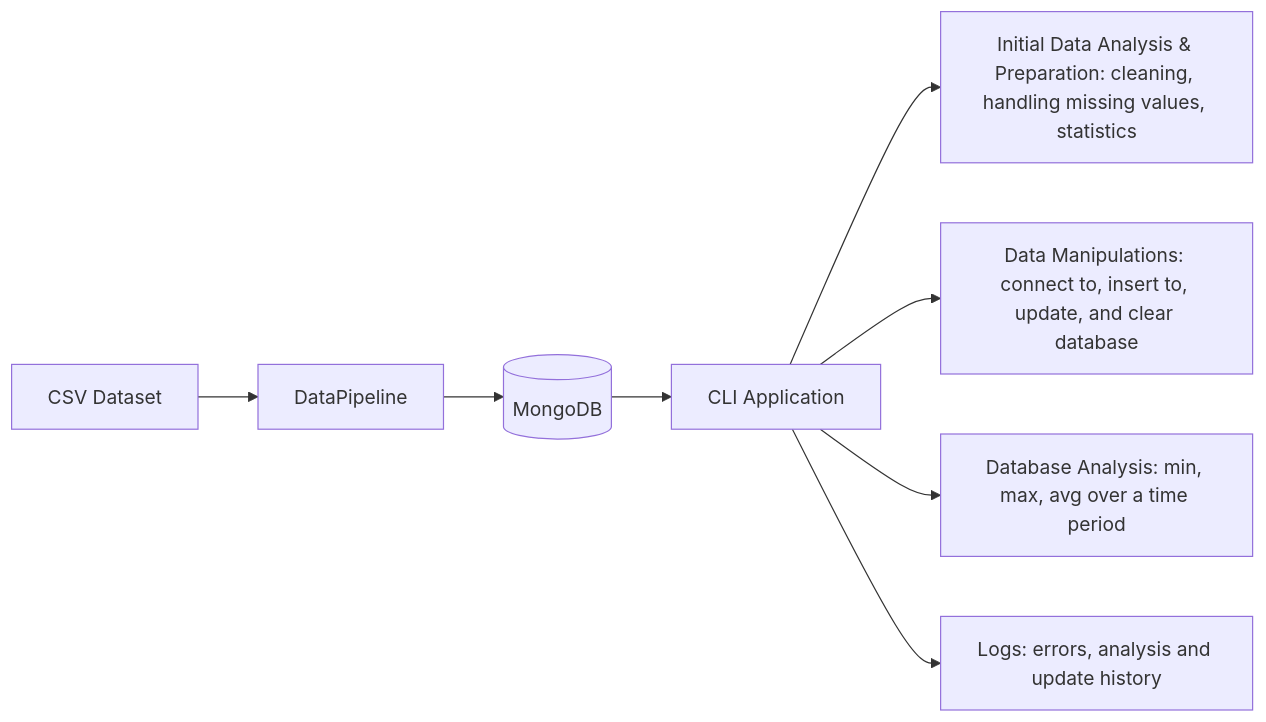
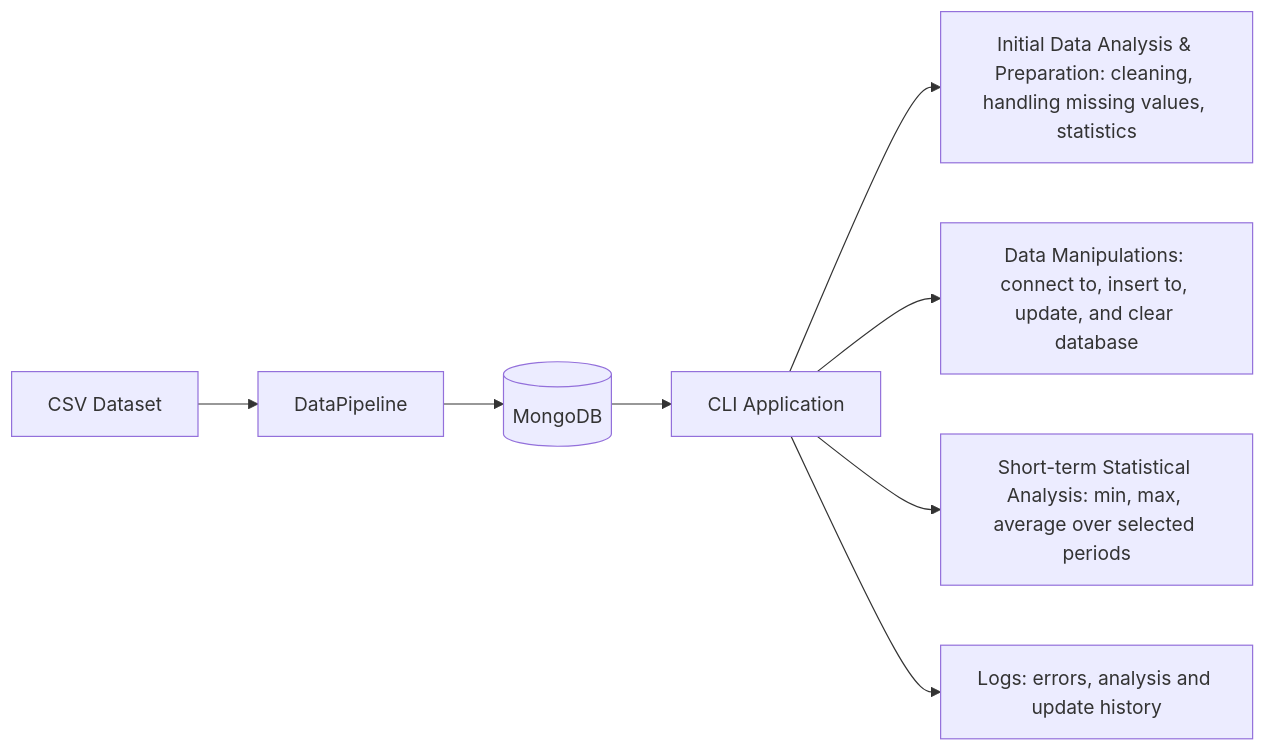
Before and after one commit to tipofyzik/mongodb_for_storing_sensor_data: the first of 2 diagrams in README.md, drawn with Mermaid.

````diff
--- a/README.md
+++ b/README.md
@@ -23,12 +23,12 @@
 ```mermaid
 flowchart LR
 
 A[CSV Dataset] --> B[DataPipeline]
 B --> C[(MongoDB)]
 C --> D[CLI Application]
 
 D --> E[Initial Data Analysis & Preparation: cleaning, handling missing values, statistics]
 D --> F[Data Manipulations: connect to, insert to, update, and clear database]
-D --> G[Database Analysis: min, max, avg over a time period]
+D --> G[Short-term Statistical Analysis: min, max, average over selected periods]
 D --> H[Logs: errors, analysis and update history]
 ```
````
